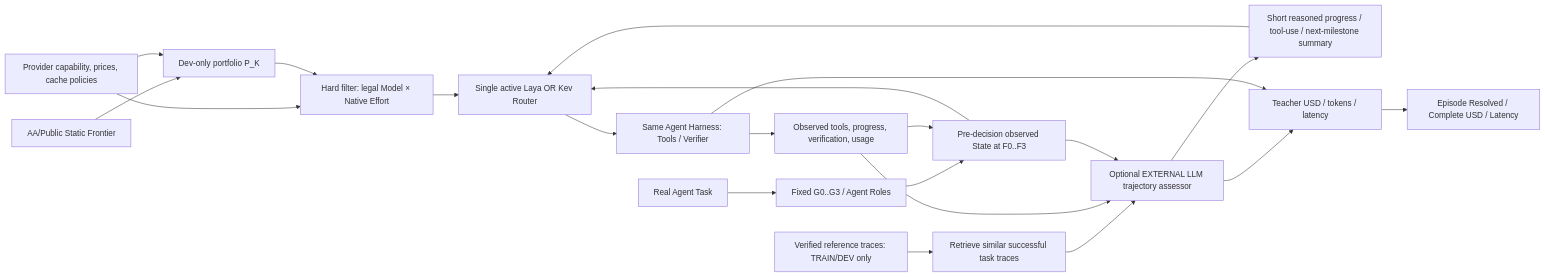
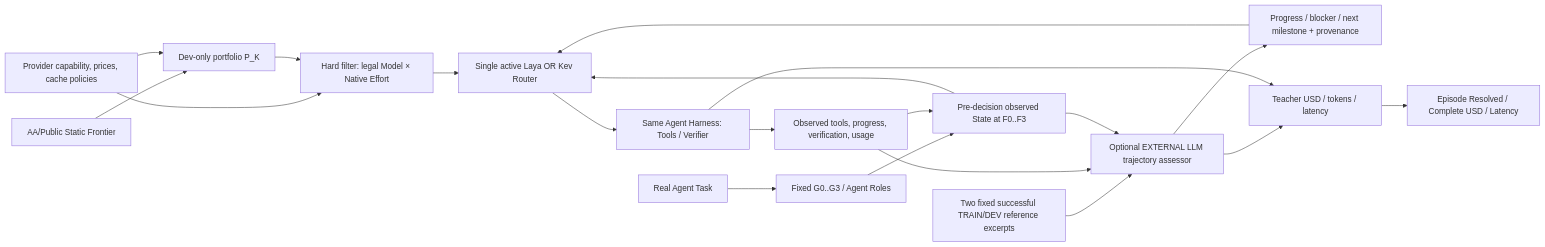
One commit to sxyq/modelrouter changed the diagram in 汇报/汇报三/ModelRouter论文实验与图表规划.md. Above: the diagram before and after it, drawn with Mermaid. The commit also changed other lines of this file, not shown here.

Commit message:
docs(v9): preserve five RQs while simplifying external teacher in Fig2

````diff
--- a/汇报/汇报三/ModelRouter论文实验与图表规划.md
+++ b/汇报/汇报三/ModelRouter论文实验与图表规划.md
@@ -84,23 +86,22 @@
 ```mermaid
 flowchart LR
   PUB["AA/Public Static Frontier"] --> SELECT["Dev-only portfolio P_K"]
   PDATA["Provider capability, prices, cache policies"] --> SELECT
   PDATA --> LEGAL["Hard filter: legal Model × Native Effort"]
   SELECT --> LEGAL
   TASK["Real Agent Task"] --> G["Fixed G0..G3 / Agent Roles"]
   G --> SNAP["Pre-decision observed State at F0..F3"]
   EXEC["Same Agent Harness: Tools / Verifier"] --> HIST["Observed tools, progress, verification, usage"]
   HIST --> SNAP
-  REF["Verified reference traces: TRAIN/DEV only"] --> RETRIEVE["Retrieve similar successful task traces"]
-  RETRIEVE --> JUDGE["Optional EXTERNAL LLM trajectory assessor"]
+  REF["Two fixed successful TRAIN/DEV reference excerpts"] --> JUDGE["Optional EXTERNAL LLM trajectory assessor"]
   HIST --> JUDGE
   SNAP --> JUDGE
-  JUDGE --> SHORT["Short reasoned progress / tool-use / next-milestone summary"]
+  JUDGE --> SHORT["Progress / blocker / next milestone + provenance"]
   SHORT --> ROUTER["Single active Laya OR Kev Router"]
   SNAP --> ROUTER
   LEGAL --> ROUTER
   ROUTER --> EXEC
   JUDGE --> COST["Teacher USD / tokens / latency"]
   EXEC --> COST
   COST --> OUT["Episode Resolved / Complete USD / Latency"]
 ```
````
